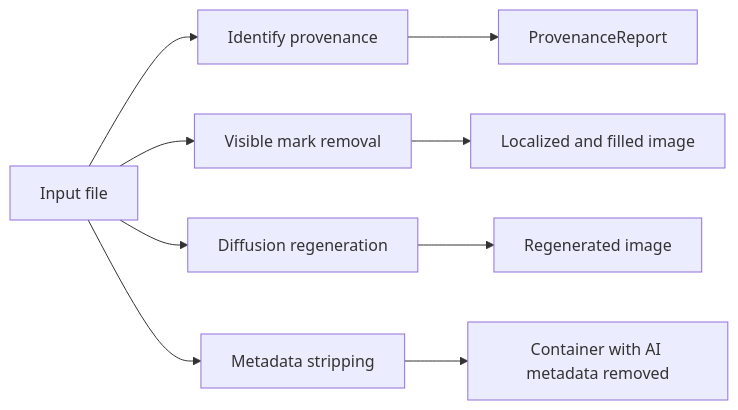
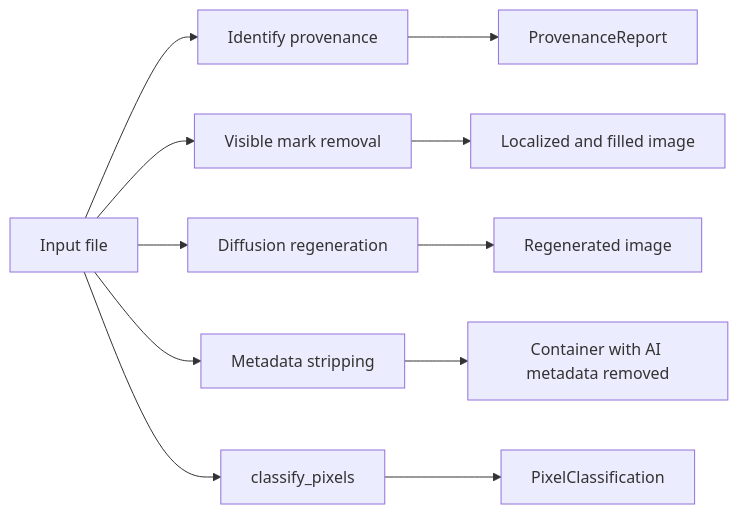
Before and after one commit to AlphaCatMeow/remove-ai-watermarks: the diagram in docs/module-internals.md, drawn with Mermaid. The commit also changed other lines of this file and 24 other files, not shown here.

````diff
--- a/docs/module-internals.md
+++ b/docs/module-internals.md
@@ -16,12 +17,14 @@
 ```mermaid
 flowchart LR
     Input[Input file] --> Identify[Identify provenance]
     Input --> Visible[Visible mark removal]
     Input --> Invisible[Diffusion regeneration]
     Input --> Metadata[Metadata stripping]
+    Input --> Classify[classify_pixels]
 
     Identify --> Report[ProvenanceReport]
     Visible --> VisibleOutput[Localized and filled image]
     Invisible --> InvisibleOutput[Regenerated image]
     Metadata --> MetadataOutput[Container with AI metadata removed]
+    Classify --> PixelClassification
 ```
````
